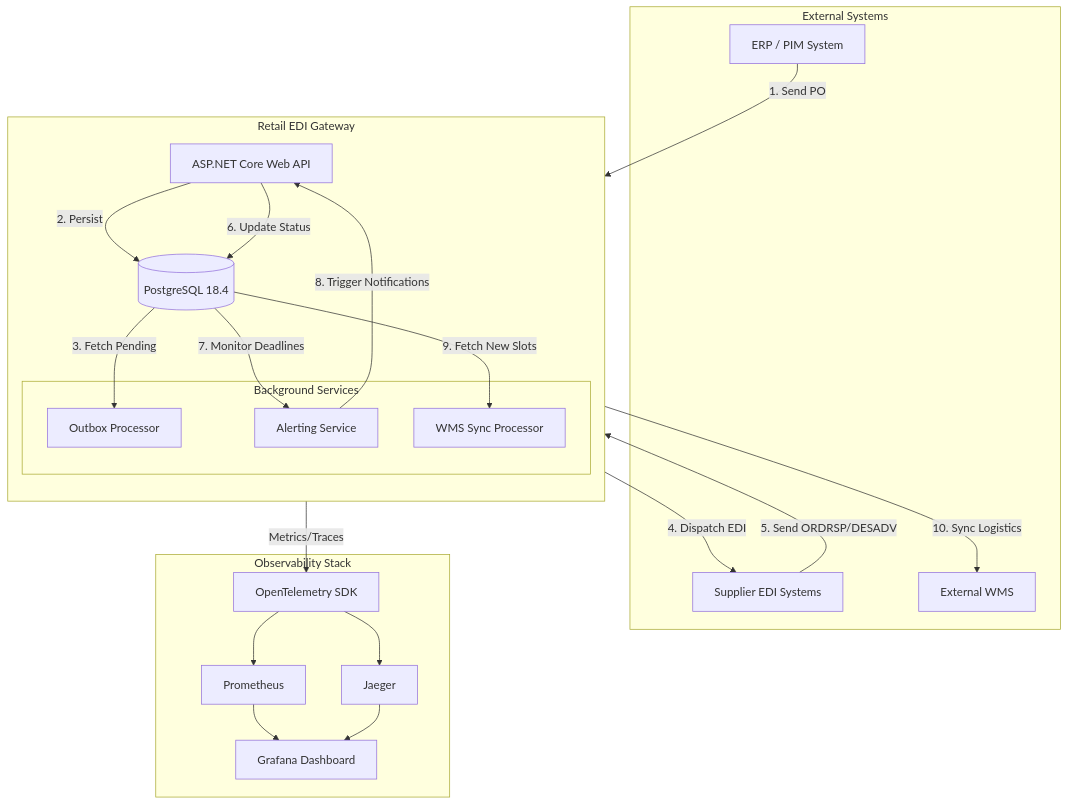
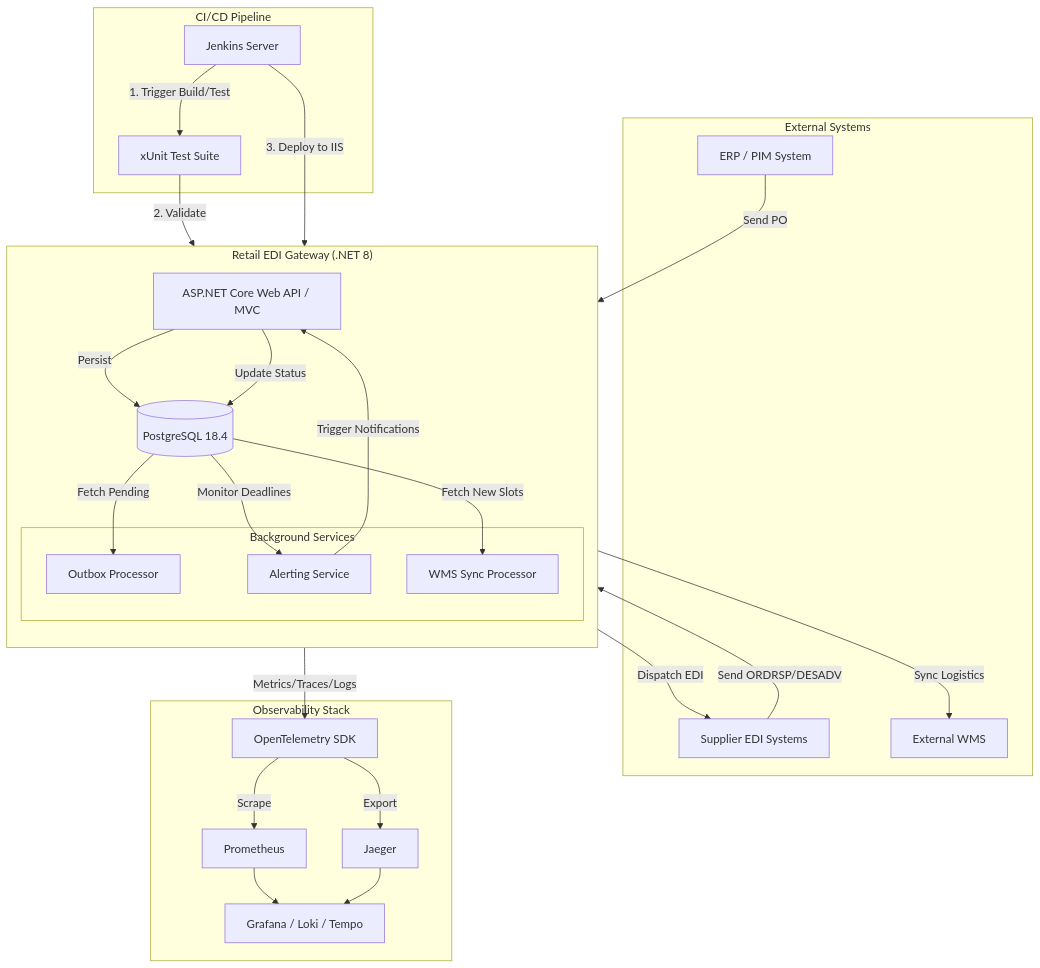
The third of 3 diagrams in README.md (dawidbera/retail-edi-gateway), drawn with Mermaid before and after one commit. The commit also changed other lines of this file and 2 other files, not shown here.

Commit message:
docs: update README and restructure assets into images directory

````diff
--- a/README.md
+++ b/README.md
@@ -155,50 +171,60 @@
 ```mermaid
 graph TB
- subgraph ExternalServices ["External Systems"]
- ERP[ERP / PIM System]
- SUP[Supplier EDI Systems]
- WMS_EXT[External WMS]
- end
+    subgraph CI_CD ["CI/CD Pipeline"]
+        Jenkins[Jenkins Server]
+        Tests[xUnit Test Suite]
+    end
 
- subgraph GatewayApp ["Retail EDI Gateway"]
- direction TB
- API[ASP.NET Core Web API]
- DB[(PostgreSQL 18.4)]
- 
- subgraph BackgroundWorkers ["Background Services"]
- Outbox[Outbox Processor]
- Alerting[Alerting Service]
- WMSSync[WMS Sync Processor]
- end
- end
+    subgraph ExternalServices ["External Systems"]
+        ERP[ERP / PIM System]
+        SUP[Supplier EDI Systems]
+        WMS_EXT[External WMS]
+    end
 
- subgraph Observability ["Observability Stack"]
- OTel[OpenTelemetry SDK]
- Prom[Prometheus]
- Jaeger[Jaeger]
- Grafana[Grafana Dashboard]
- end
+    subgraph GatewayApp ["Retail EDI Gateway (.NET 8)"]
+        direction TB
+        API[ASP.NET Core Web API / MVC]
+        DB[(PostgreSQL 18.4)]
+        
+        subgraph BackgroundWorkers ["Background Services"]
+            Outbox[Outbox Processor]
+            Alerting[Alerting Service]
+            WMSSync[WMS Sync Processor]
+        end
+    end
 
- %% Request Flows
- ERP -- "1. Send PO" --> API
- API -- "2. Persist" --> DB
- 
- DB -- "3. Fetch Pending" --> Outbox
- Outbox -- "4. Dispatch EDI" --> SUP
- 
- SUP -- "5. Send ORDRSP/DESADV" --> API
- API -- "6. Update Status" --> DB
- 
- DB -- "7. Monitor Deadlines" --> Alerting
- Alerting -- "8. Trigger Notifications" --> API
- 
- DB -- "9. Fetch New Slots" --> WMSSync
- WMSSync -- "10. Sync Logistics" --> WMS_EXT
+    subgraph Observability ["Observability Stack"]
+        OTel[OpenTelemetry SDK]
+        Prom[Prometheus]
+        Jaeger[Jaeger]
+        Grafana[Grafana / Loki / Tempo]
+    end
 
- %% Telemetry Flows
- GatewayApp -- "Metrics/Traces" --> OTel
- OTel --> Prom
- OTel --> Jaeger
- Prom --> Grafana
- Jaeger --> Grafana
+    %% CI/CD Flow
+    Jenkins -- "1. Trigger Build/Test" --> Tests
+    Tests -- "2. Validate" --> GatewayApp
+    Jenkins -- "3. Deploy to IIS" --> GatewayApp
+
+    %% Request Flows
+    ERP -- "Send PO" --> API
+    API -- "Persist" --> DB
+    
+    DB -- "Fetch Pending" --> Outbox
+    Outbox -- "Dispatch EDI" --> SUP
+    
+    SUP -- "Send ORDRSP/DESADV" --> API
+    API -- "Update Status" --> DB
+    
+    DB -- "Monitor Deadlines" --> Alerting
+    Alerting -- "Trigger Notifications" --> API
+    
+    DB -- "Fetch New Slots" --> WMSSync
+    WMSSync -- "Sync Logistics" --> WMS_EXT
+
+    %% Telemetry Flows
+    GatewayApp -- "Metrics/Traces/Logs" --> OTel
+    OTel -- "Scrape" --> Prom
+    OTel -- "Export" --> Jaeger
+    Prom --> Grafana
+    Jaeger --> Grafana
 ```
````
